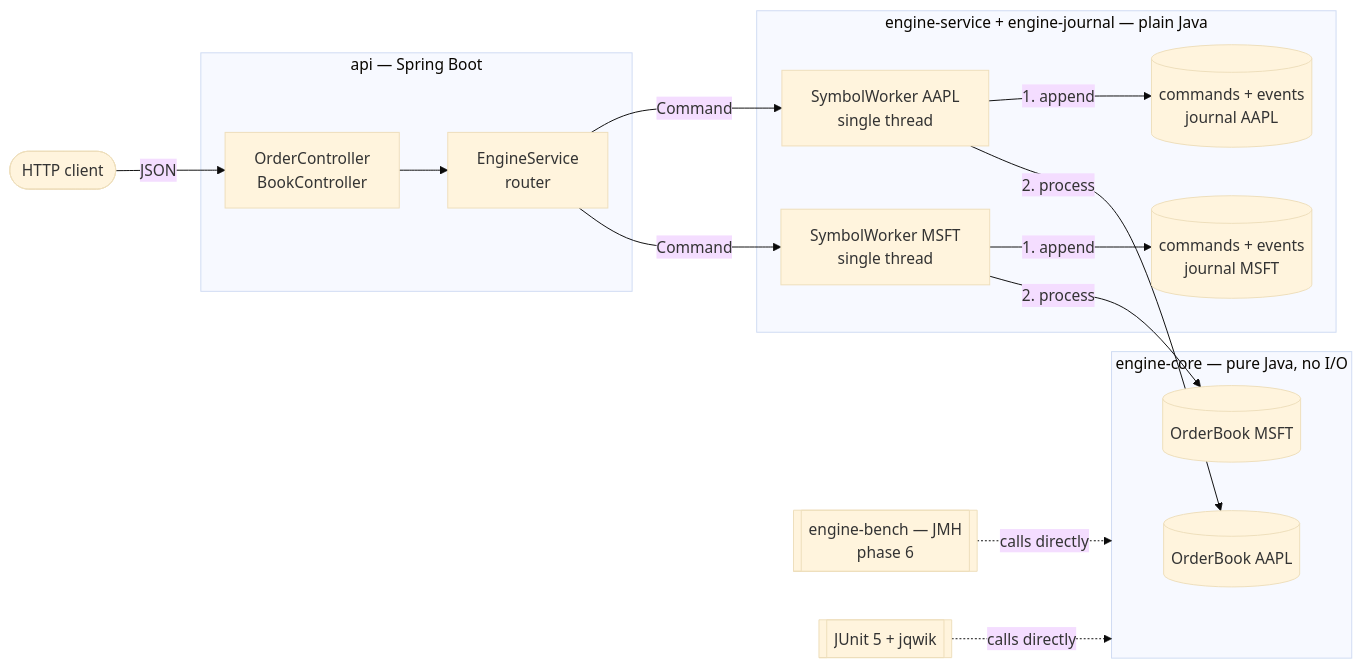
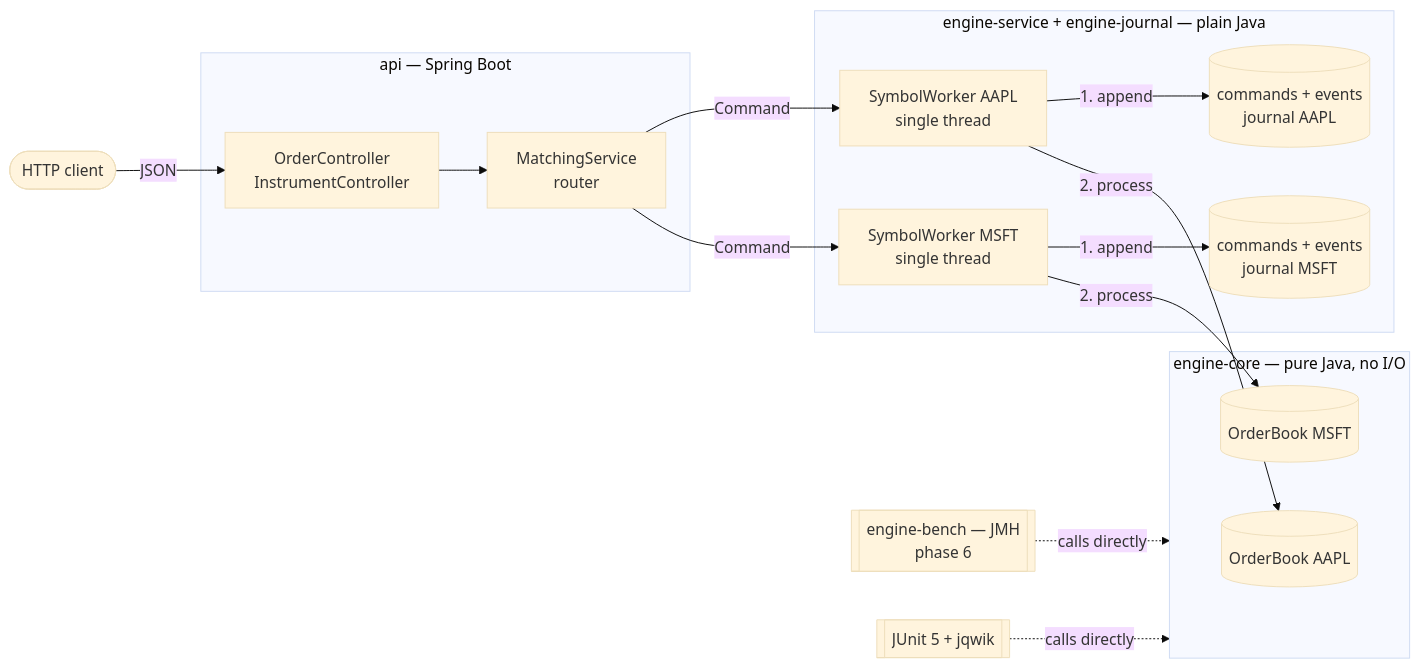
Before and after one commit to Ahmed-Berrada/Order_Book: the first of 4 diagrams in README.md, drawn with Mermaid (base theme). The commit also changed other lines of this file and 2 other files, not shown here.

First line of the commit message:
docs: README, roadmap and CI for phase 3b

````diff
--- a/README.md
+++ b/README.md
@@ -40,34 +40,34 @@
 ```mermaid
 flowchart LR
     client([HTTP client])
 
     subgraph api ["api — Spring Boot"]
-        ctrl[OrderController<br/>BookController]
-        svc[EngineService<br/>router]
+        ctrl[OrderController<br/>InstrumentController]
+        svc[MatchingService<br/>router]
     end
 
     subgraph journal ["engine-service + engine-journal — plain Java"]
         w1[SymbolWorker AAPL<br/>single thread]
         w2[SymbolWorker MSFT<br/>single thread]
         j1[(commands + events<br/>journal AAPL)]
         j2[(commands + events<br/>journal MSFT)]
     end
 
     subgraph core ["engine-core — pure Java, no I/O"]
         b1[(OrderBook AAPL)]
         b2[(OrderBook MSFT)]
     end
 
     bench[[engine-bench — JMH<br/>phase 6]]
     tests[[JUnit 5 + jqwik]]
 
     client -->|JSON| ctrl --> svc
     svc -->|Command| w1
     svc -->|Command| w2
     w1 -->|1. append| j1
     w1 -->|2. process| b1
     w2 -->|1. append| j2
     w2 -->|2. process| b2
     bench -.->|calls directly| core
     tests -.->|calls directly| core
 ```
````
